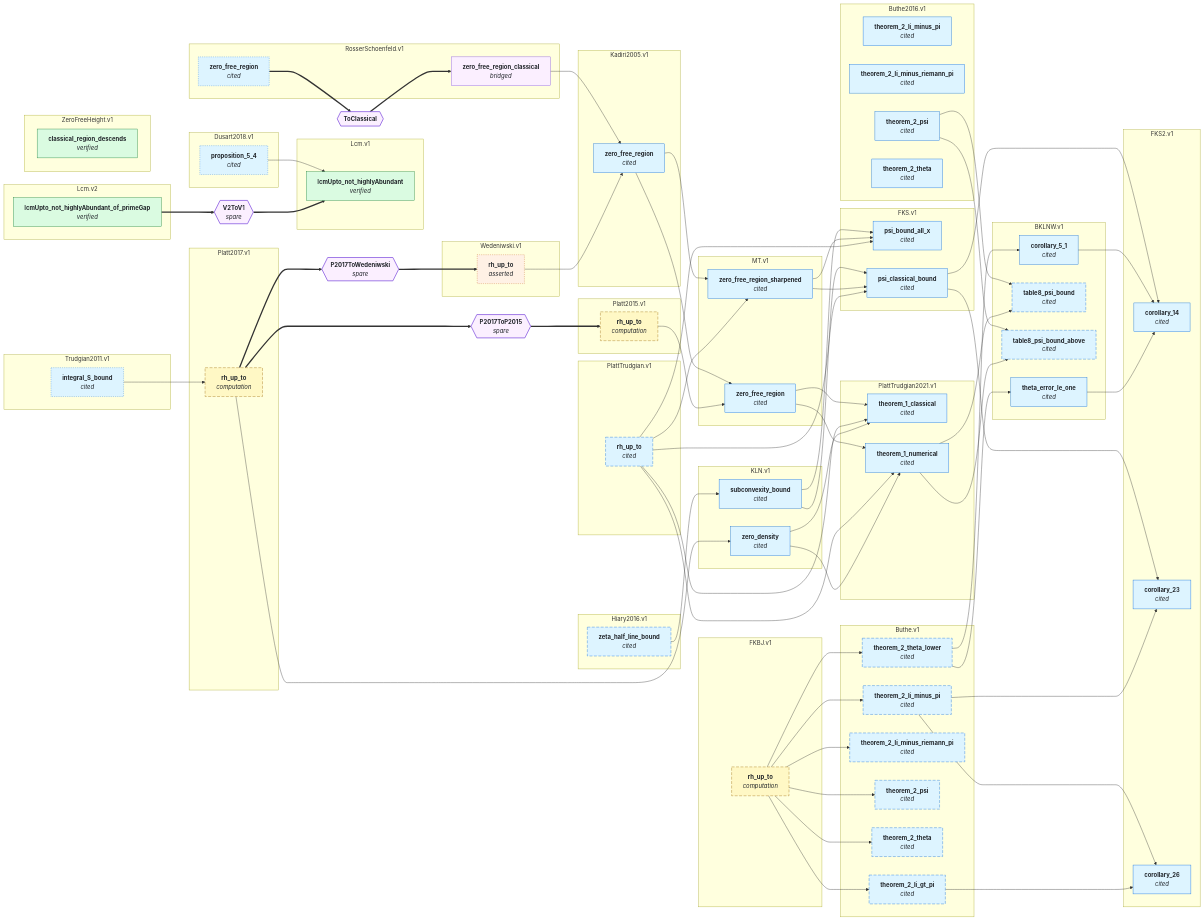
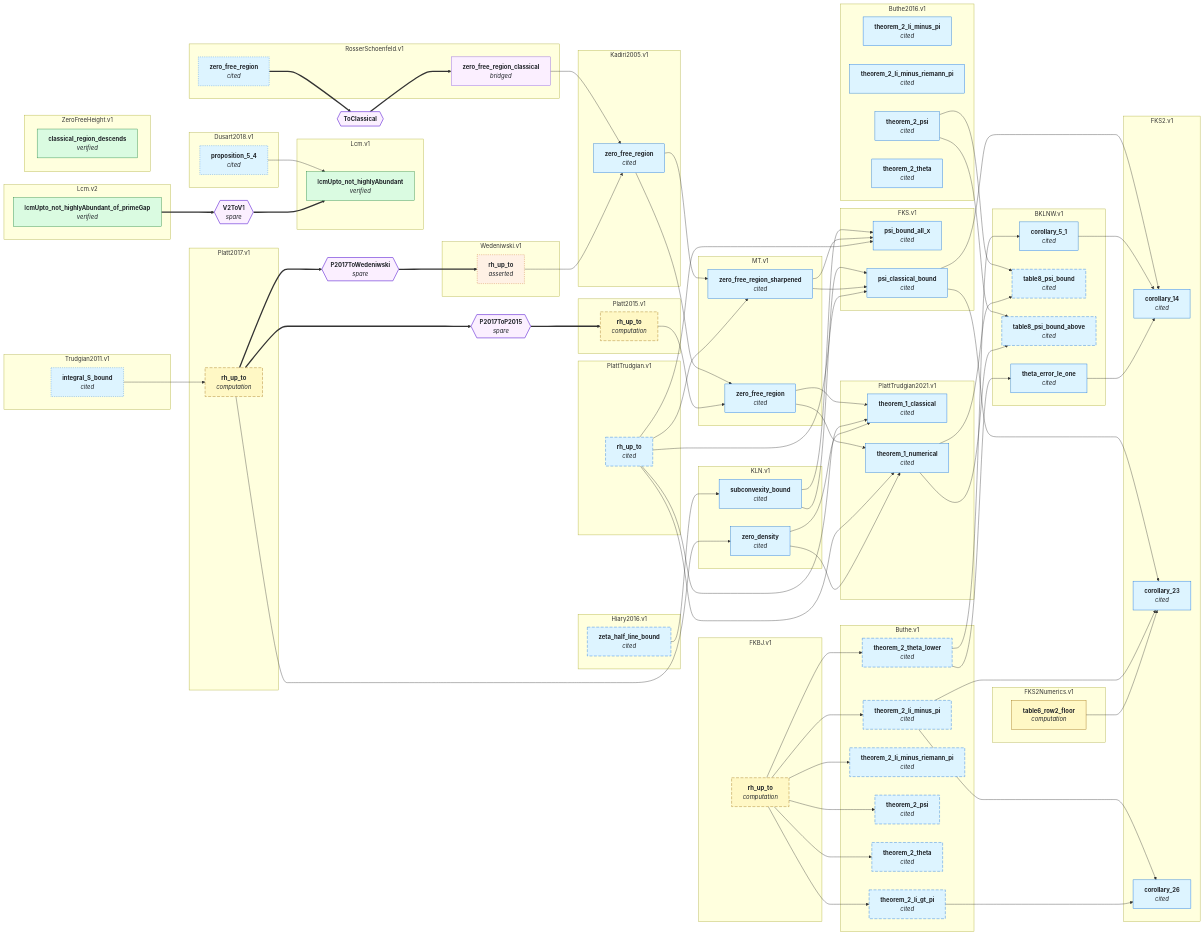
The second of 2 diagrams in GRAPH.md (teorth/IEANTN), drawn with Mermaid before and after one commit. The commit also changed other lines of this file and 18 other files, not shown here.

First line of the commit message:
Split FKS2's numerics into a node, and lay out the port skeleton

```diff
--- a/GRAPH.md
+++ b/GRAPH.md
@@ -177,6 +180,9 @@
     FKS2_v1_corollary_14["<b>corollary_14</b><br/><i>cited</i>"]
     FKS2_v1_corollary_23["<b>corollary_23</b><br/><i>cited</i>"]
     FKS2_v1_corollary_26["<b>corollary_26</b><br/><i>cited</i>"]
+  end
+  subgraph sgFKS2Numerics_v1["FKS2Numerics.v1"]
+    FKS2Numerics_v1_table6_row2_floor["<b>table6_row2_floor</b><br/><i>computation</i>"]
   end
   subgraph sgHiary2016_v1["Hiary2016.v1"]
     Hiary2016_v1_zeta_half_line_bound["<b>zeta_half_line_bound</b><br/><i>cited</i>"]
@@ -247,6 +253,7 @@
   BKLNW_v1_theta_error_le_one --> FKS2_v1_corollary_14
   FKS_v1_psi_classical_bound --> FKS2_v1_corollary_23
   Buthe_v1_theorem_2_li_minus_pi --> FKS2_v1_corollary_23
+  FKS2Numerics_v1_table6_row2_floor --> FKS2_v1_corollary_23
   Buthe_v1_theorem_2_li_minus_pi --> FKS2_v1_corollary_26
   Buthe_v1_theorem_2_li_gt_pi --> FKS2_v1_corollary_26
   Hiary2016_v1_zeta_half_line_bound --> KLN_v1_subconvexity_bound
@@ -306,7 +313,7 @@
   class RosserSchoenfeld_v1_zero_free_region_classical bridged;
   class Lcm_v1_lcmUpto_not_highlyAbundant,Lcm_v2_lcmUpto_not_highlyAbundant_of_primeGap,ZeroFreeHeight_v1_classical_region_descends lean_comparator;
   class BKLNW_v1_corollary_5_1,BKLNW_v1_table8_psi_bound,BKLNW_v1_table8_psi_bound_above,BKLNW_v1_theta_error_le_one,Buthe_v1_theorem_2_li_gt_pi,Buthe_v1_theorem_2_li_minus_pi,Buthe_v1_theorem_2_li_minus_riemann_pi,Buthe_v1_theorem_2_psi,Buthe_v1_theorem_2_theta,Buthe_v1_theorem_2_theta_lower,Buthe2016_v1_theorem_2_li_minus_pi,Buthe2016_v1_theorem_2_li_minus_riemann_pi,Buthe2016_v1_theorem_2_psi,Buthe2016_v1_theorem_2_theta,Dusart2018_v1_proposition_5_4,FKS_v1_psi_bound_all_x,FKS_v1_psi_classical_bound,FKS2_v1_corollary_14,FKS2_v1_corollary_23,FKS2_v1_corollary_26,Hiary2016_v1_zeta_half_line_bound,KLN_v1_subconvexity_bound,KLN_v1_zero_density,Kadiri2005_v1_zero_free_region,MT_v1_zero_free_region,MT_v1_zero_free_region_sharpened,PlattTrudgian_v1_rh_up_to,PlattTrudgian2021_v1_theorem_1_classical,PlattTrudgian2021_v1_theorem_1_numerical,RosserSchoenfeld_v1_zero_free_region,Trudgian2011_v1_integral_S_bound literature;
-  class FKBJ_v1_rh_up_to,Platt2015_v1_rh_up_to,Platt2017_v1_rh_up_to numerical;
+  class FKBJ_v1_rh_up_to,FKS2Numerics_v1_table6_row2_floor,Platt2015_v1_rh_up_to,Platt2017_v1_rh_up_to numerical;
   click BKLNW_v1_corollary_5_1 href "https://github.com/teorth/IEANTN/blob/main/docs/nodes/BKLNW-v1.md#corollary_5_1" _blank
   click BKLNW_v1_table8_psi_bound href "https://github.com/teorth/IEANTN/blob/main/docs/nodes/BKLNW-v1.md#table8_psi_bound" _blank
   click BKLNW_v1_table8_psi_bound_above href "https://github.com/teorth/IEANTN/blob/main/docs/nodes/BKLNW-v1.md#table8_psi_bound_above" _blank
@@ -328,6 +335,7 @@
   click FKS2_v1_corollary_14 href "https://github.com/teorth/IEANTN/blob/main/docs/nodes/FKS2-v1.md#corollary_14" _blank
   click FKS2_v1_corollary_23 href "https://github.com/teorth/IEANTN/blob/main/docs/nodes/FKS2-v1.md#corollary_23" _blank
   click FKS2_v1_corollary_26 href "https://github.com/teorth/IEANTN/blob/main/docs/nodes/FKS2-v1.md#corollary_26" _blank
+  click FKS2Numerics_v1_table6_row2_floor href "https://github.com/teorth/IEANTN/blob/main/docs/nodes/FKS2Numerics-v1.md#table6_row2_floor" _blank
   click Hiary2016_v1_zeta_half_line_bound href "https://github.com/teorth/IEANTN/blob/main/docs/nodes/Hiary2016-v1.md#zeta_half_line_bound" _blank
   click KLN_v1_subconvexity_bound href "https://github.com/teorth/IEANTN/blob/main/docs/nodes/KLN-v1.md#subconvexity_bound" _blank
   click KLN_v1_zero_density href "https://github.com/teorth/IEANTN/blob/main/docs/nodes/KLN-v1.md#zero_density" _blank
```
